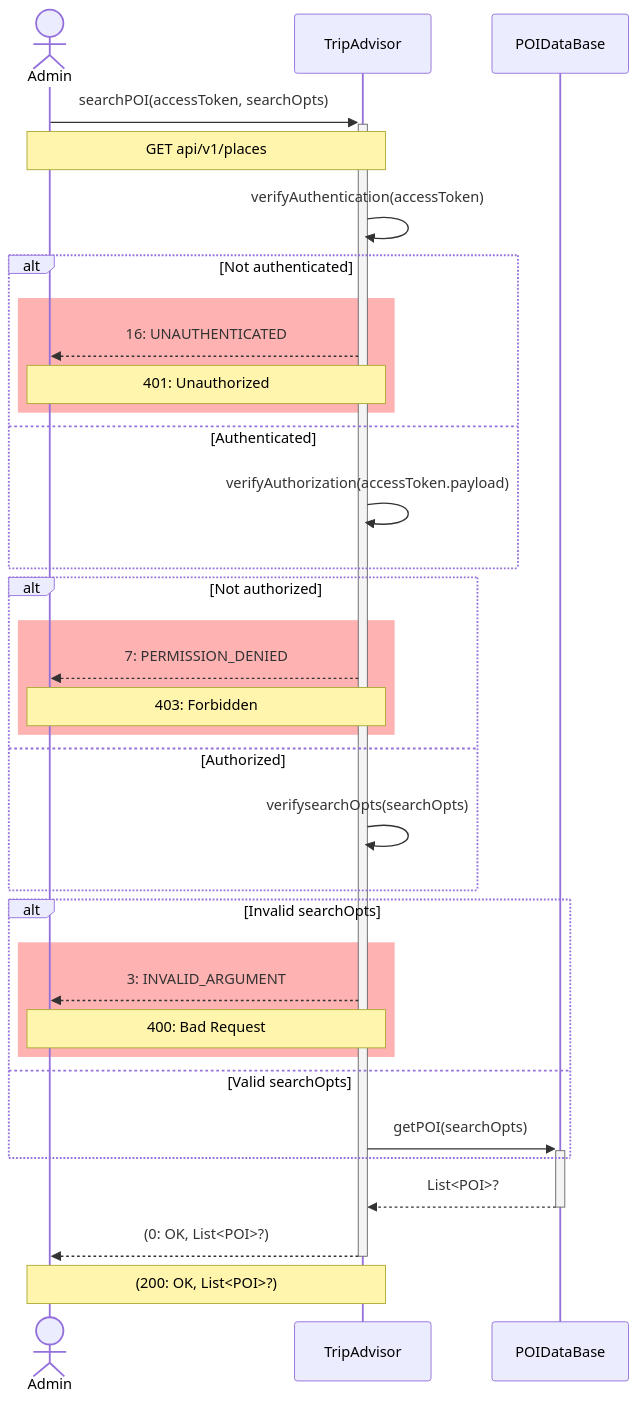
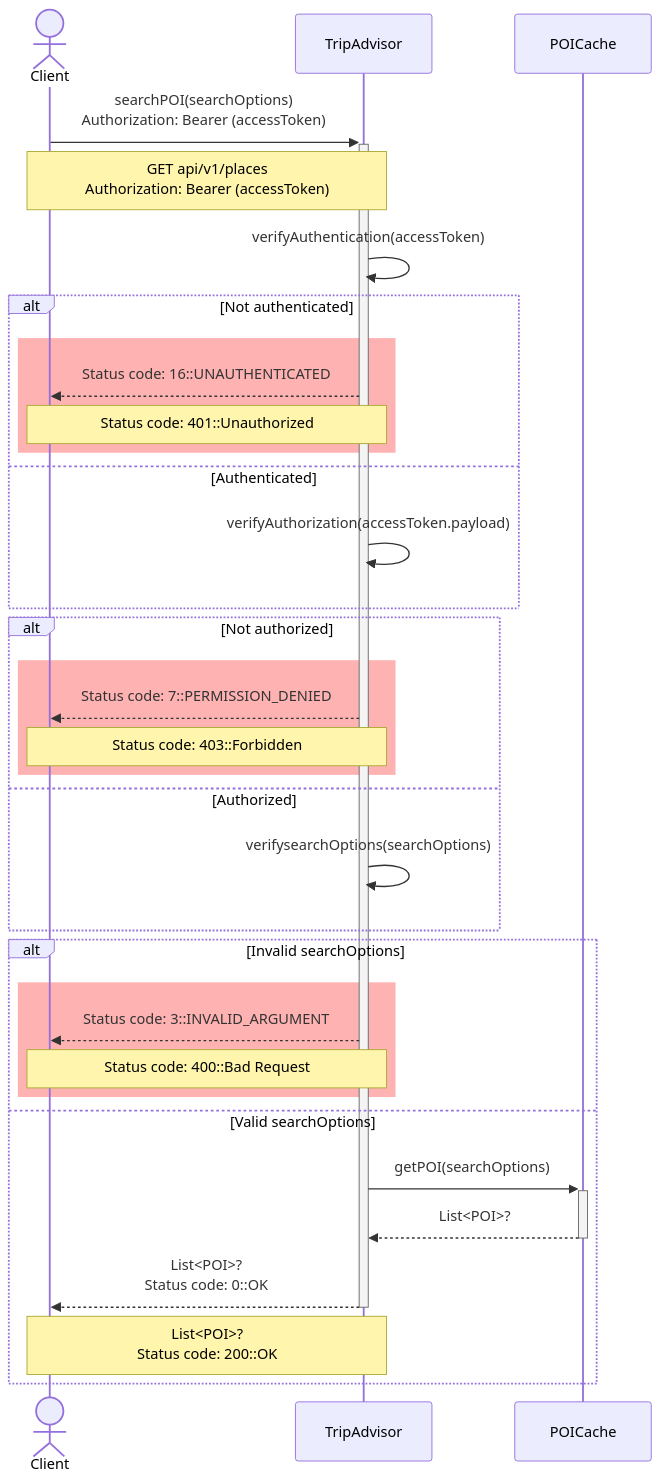
One commit to d-kv/backend-travel-app changed the diagram in docs/uml/src/search_poi.mmd. Above: the diagram before and after it, drawn with Mermaid. The commit also changed 6 other files, not shown here.

```diff
--- a/docs/uml/src/search_poi.mmd
+++ b/docs/uml/src/search_poi.mmd
@@ -1,40 +1,39 @@
 sequenceDiagram
-	actor Admin as Admin
+	actor Client as Client
 	participant Trip as TripAdvisor
-	participant DB as POIDataBase
+	participant DB as POICache
 
-	Admin->>+Trip: searchPOI(accessToken, searchOpts)
-	Note over Admin,Trip: GET api/v1/places
+
+	Client->>+Trip: searchPOI(searchOptions)<br/>Authorization: Bearer (accessToken)
+	Note over Client,Trip: GET api/v1/places<br/>Authorization: Bearer (accessToken)
 
 		Trip->>Trip: verifyAuthentication(accessToken)
 		alt Not authenticated
 			rect rgba(255, 0, 0, 0.3)
-				Trip-->>Admin: 16: UNAUTHENTICATED
-				Note over Admin,Trip: 401: Unauthorized
+				Trip-->>Client: Status code: 16::UNAUTHENTICATED
+				Note over Client,Trip: Status code: 401::Unauthorized
 			end
 		else Authenticated
 			Trip->>Trip: verifyAuthorization(accessToken.payload)
 		end
 		alt Not authorized
 			rect rgba(255, 0, 0, 0.3)
-				Trip-->>Admin: 7: PERMISSION_DENIED
-				Note over Admin,Trip: 403: Forbidden
+				Trip-->>Client: Status code: 7::PERMISSION_DENIED
+				Note over Client,Trip: Status code: 403::Forbidden
 			end
 		else Authorized
-			Trip->>Trip: verifysearchOpts(searchOpts)
+			Trip->>Trip: verifysearchOptions(searchOptions)
 		end
 
-		alt Invalid searchOpts
+		alt Invalid searchOptions
 			rect rgba(255, 0, 0, 0.3)
-				Trip-->>Admin: 3: INVALID_ARGUMENT
-				Note over Admin,Trip: 400: Bad Request
+				Trip-->>Client: Status code: 3::INVALID_ARGUMENT
+				Note over Client,Trip: Status code: 400::Bad Request
 			end
 
-		else Valid searchOpts
-			Trip->>+DB: getPOI(searchOpts)
+		else Valid searchOptions
+			Trip->>+DB: getPOI(searchOptions)
+			DB-->>-Trip: List<POI>?
+			Trip-->>-Client: List<POI>?<br/>Status code: 0::OK
+			Note over Client,Trip: List<POI>?<br/>Status code: 200::OK
 		end
-
-
-		DB-->>-Trip: List<POI>?
-		Trip-->>-Admin: (0: OK, List<POI>?)
-		Note over Admin,Trip: (200: OK, List<POI>?)
```
